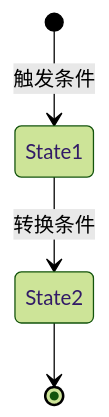
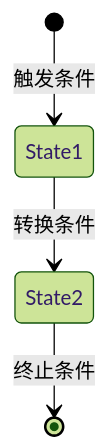
One commit to friendlyhank/claude-code-vibi changed the third of 4 diagrams in .claude/commands/architecture-analysis.md. Above: the diagram before and after it, drawn with Mermaid (forest theme). The commit also changed other lines of this file and 4 other files, not shown here.

````diff
--- a/.claude/commands/architecture-analysis.md
+++ b/.claude/commands/architecture-analysis.md
@@ -103,6 +187,6 @@
 ```mermaid
 stateDiagram-v2
     [*] --> State1: 触发条件
     State1 --> State2: 转换条件
-    State2 --> [*]
+    State2 --> [*]: 终止条件
 ```
````
